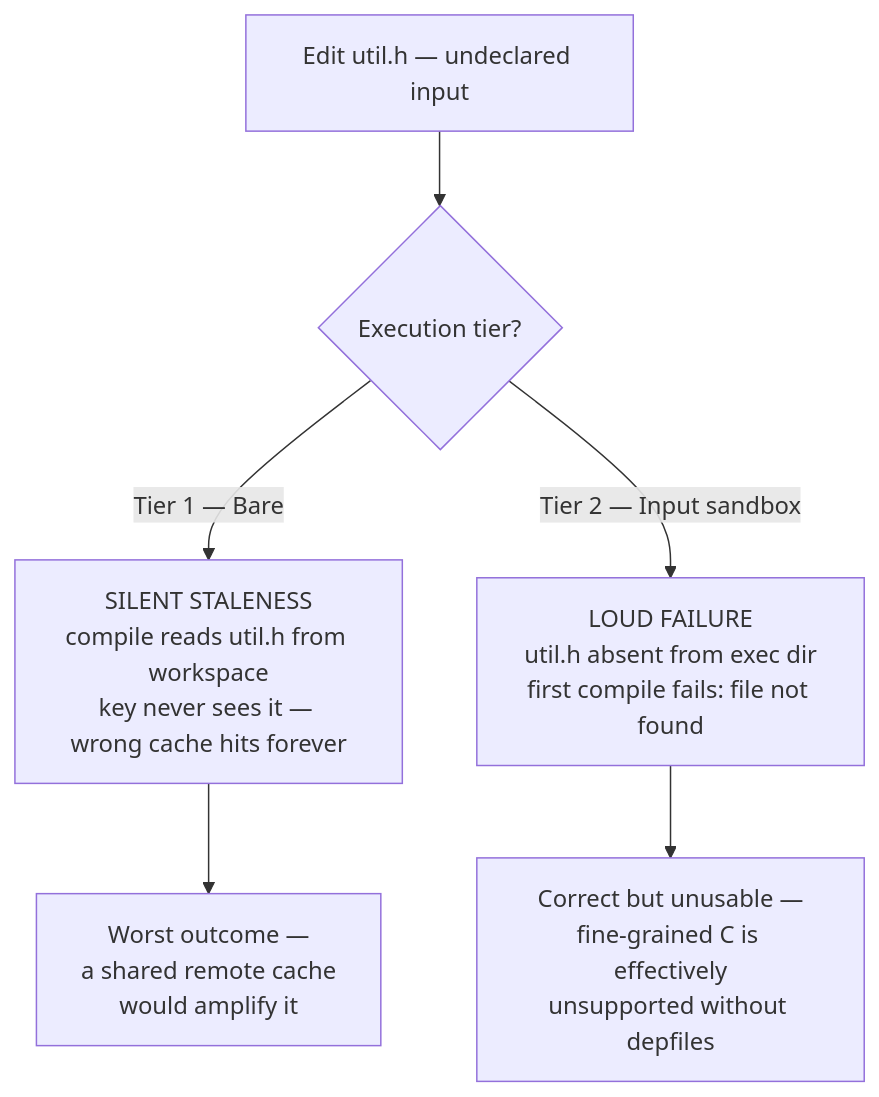
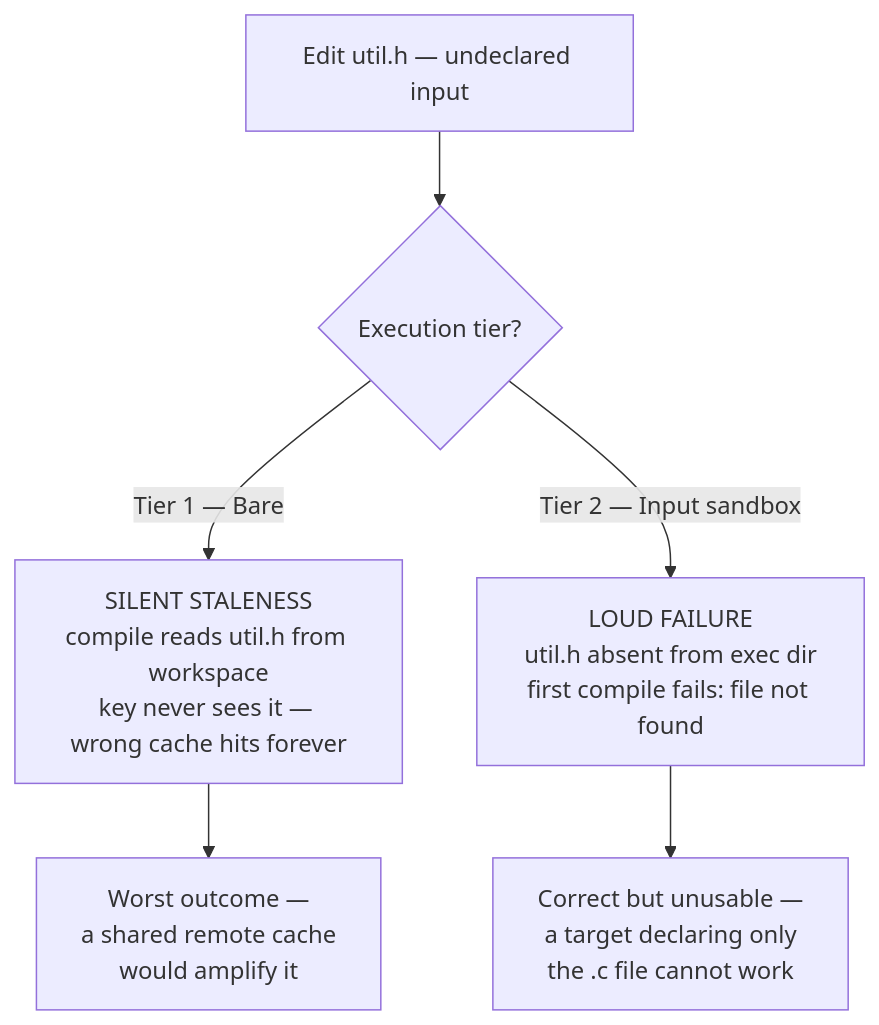
Before and after one commit to airsstack/buildl: the fourth of 4 diagrams in book/src/ch07-00-discovery-targets.md, drawn with Mermaid. The commit also changed other lines of this file and 83 other files, not shown here.

````diff
--- a/book/src/ch07-00-discovery-targets.md
+++ b/book/src/ch07-00-discovery-targets.md
@@ -254,9 +254,9 @@
 ```mermaid
 %% What happens per isolation tier when util.h is undeclared
 flowchart TD
     EDIT["Edit util.h — undeclared input"] --> T{"Execution tier?"}
     T -->|"Tier 1 — Bare"| STALE["SILENT STALENESS<br/>compile reads util.h from workspace<br/>key never sees it — wrong cache hits forever"]
     T -->|"Tier 2 — Input sandbox"| LOUD["LOUD FAILURE<br/>util.h absent from exec dir<br/>first compile fails: file not found"]
     STALE --> BAD["Worst outcome —<br/>a shared remote cache<br/>would amplify it"]
-    LOUD --> OK["Correct but unusable —<br/>fine-grained C is effectively<br/>unsupported without depfiles"]
+    LOUD --> OK["Correct but unusable —<br/>a target declaring only<br/>the .c file cannot work"]
 ```
````
